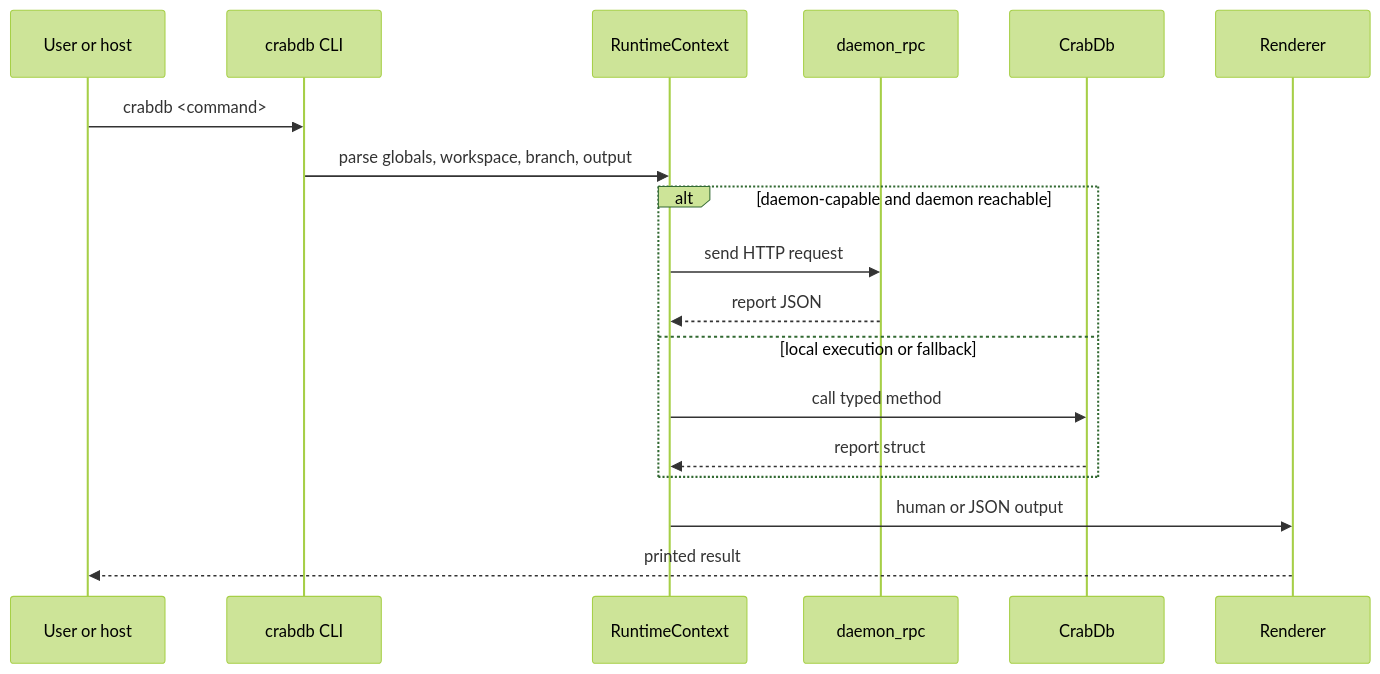
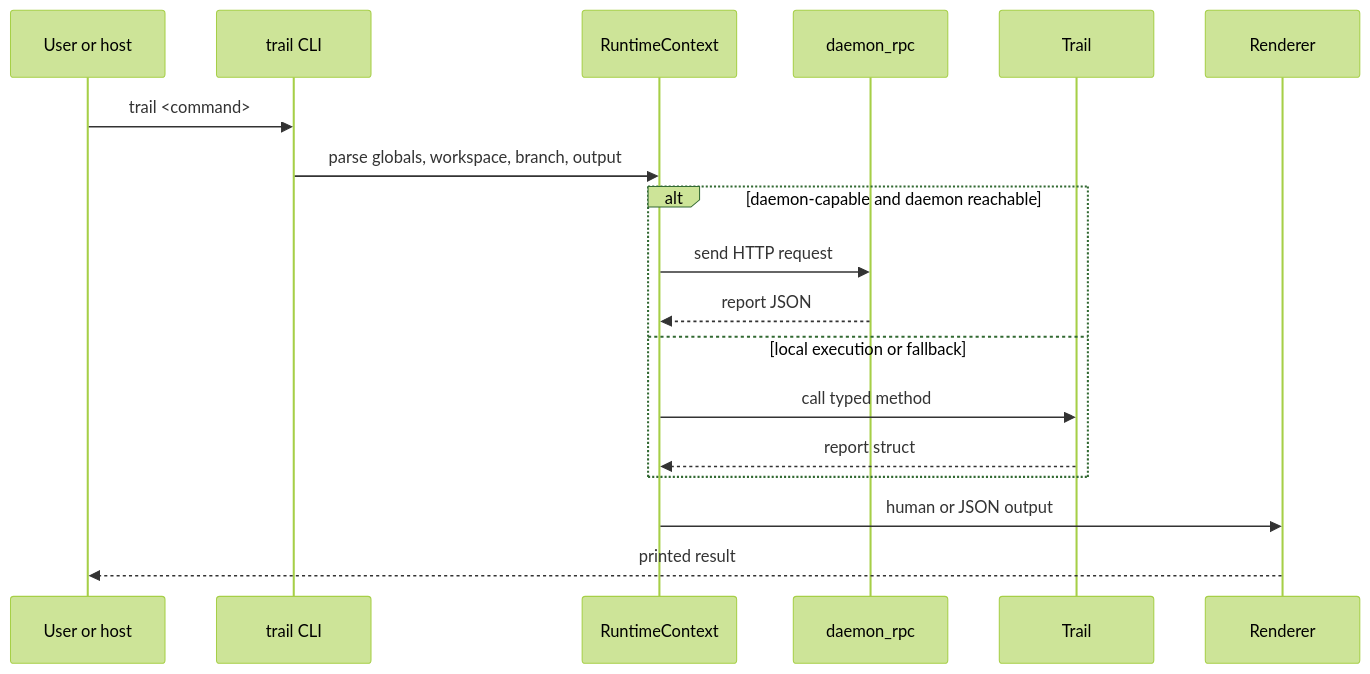
Before and after one commit to crabbuild/trail: the second of 3 diagrams in docs/design/architecture.md, drawn with Mermaid (forest theme). The commit also changed other lines of this file and 650 other files, not shown here.

Commit message:
chore: rename CrabDB to Trail

````diff
--- a/docs/design/architecture.md
+++ b/docs/design/architecture.md
@@ -77,21 +77,21 @@
 ```mermaid
 sequenceDiagram
     participant User as User or host
-    participant CLI as crabdb CLI
+    participant CLI as trail CLI
     participant Runtime as RuntimeContext
     participant Daemon as daemon_rpc
-    participant DB as CrabDb
+    participant DB as Trail
     participant Render as Renderer
 
-    User->>CLI: crabdb <command>
+    User->>CLI: trail <command>
     CLI->>Runtime: parse globals, workspace, branch, output
     alt daemon-capable and daemon reachable
         Runtime->>Daemon: send HTTP request
         Daemon-->>Runtime: report JSON
     else local execution or fallback
         Runtime->>DB: call typed method
         DB-->>Runtime: report struct
     end
     Runtime->>Render: human or JSON output
     Render-->>User: printed result
 ```
````
